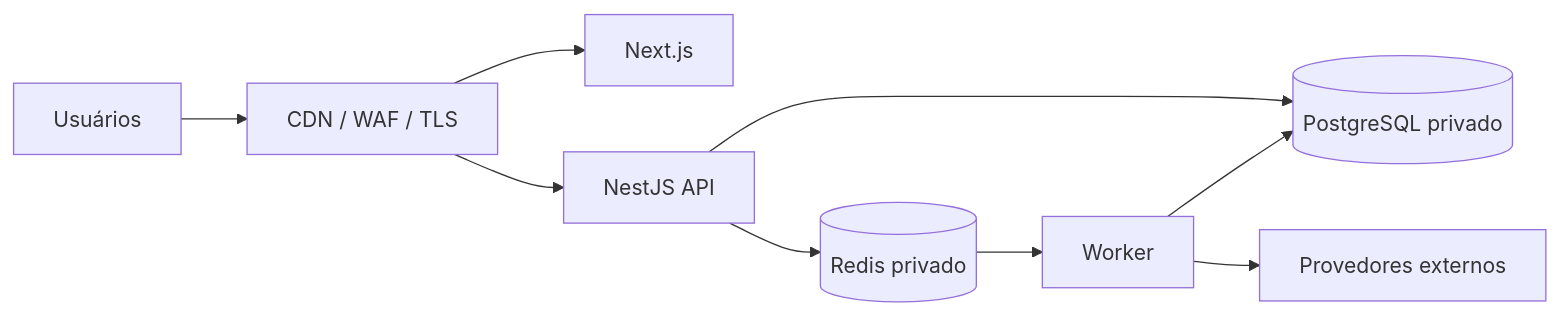
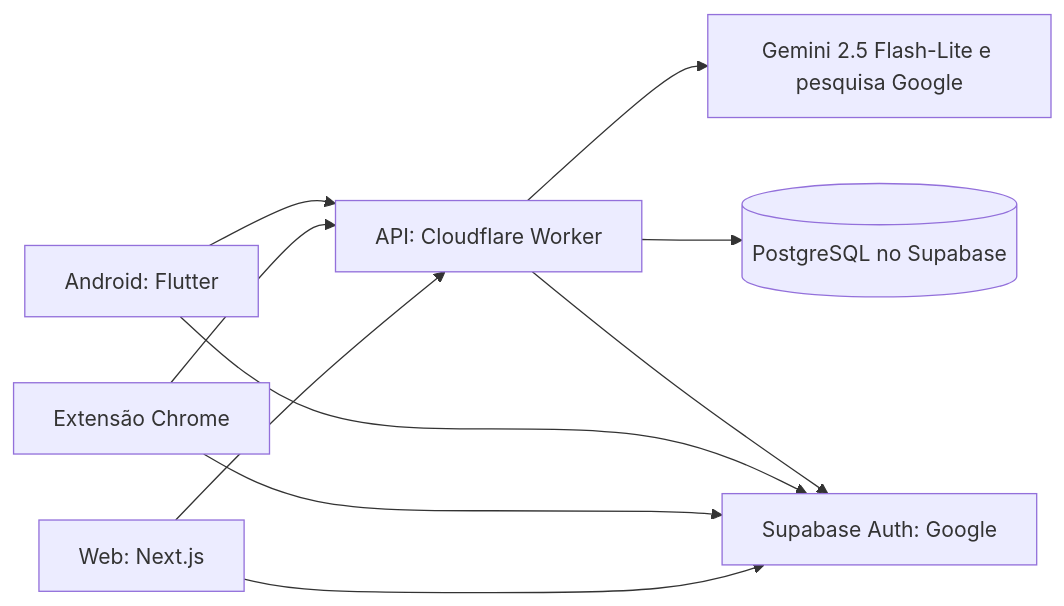
Before and after one commit to Muski360/AutenticAI: the diagram in docs/ARQUITETURA.md, drawn with Mermaid. The commit also changed other lines of this file and 8 other files, not shown here.

````diff
--- a/docs/ARQUITETURA.md
+++ b/docs/ARQUITETURA.md
@@ -853,11 +7,12 @@
 ```mermaid
 flowchart LR
-    Internet[Usuários] --> Edge[CDN / WAF / TLS]
-    Edge --> WEB[Next.js]
-    Edge --> API[NestJS API]
-    API --> PG[(PostgreSQL privado)]
-    API --> REDIS[(Redis privado)]
-    REDIS --> WK[Worker]
-    WK --> PG
-    WK --> THIRD[Provedores externos]
+    W[Web: Next.js] --> API[API: Cloudflare Worker]
+    C[Extensão Chrome] --> API
+    A[Android: Flutter] --> API
+    API --> G[Gemini 2.5 Flash-Lite e pesquisa Google]
+    API --> DB[(PostgreSQL no Supabase)]
+    W --> AUTH[Supabase Auth: Google]
+    C --> AUTH
+    A --> AUTH
+    API --> AUTH
 ```
````
